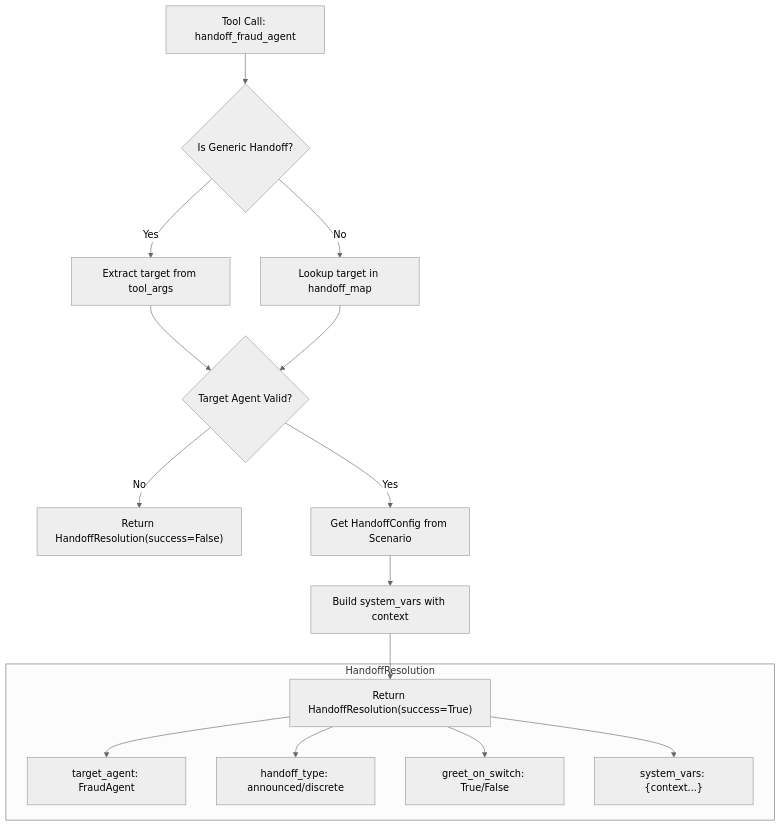
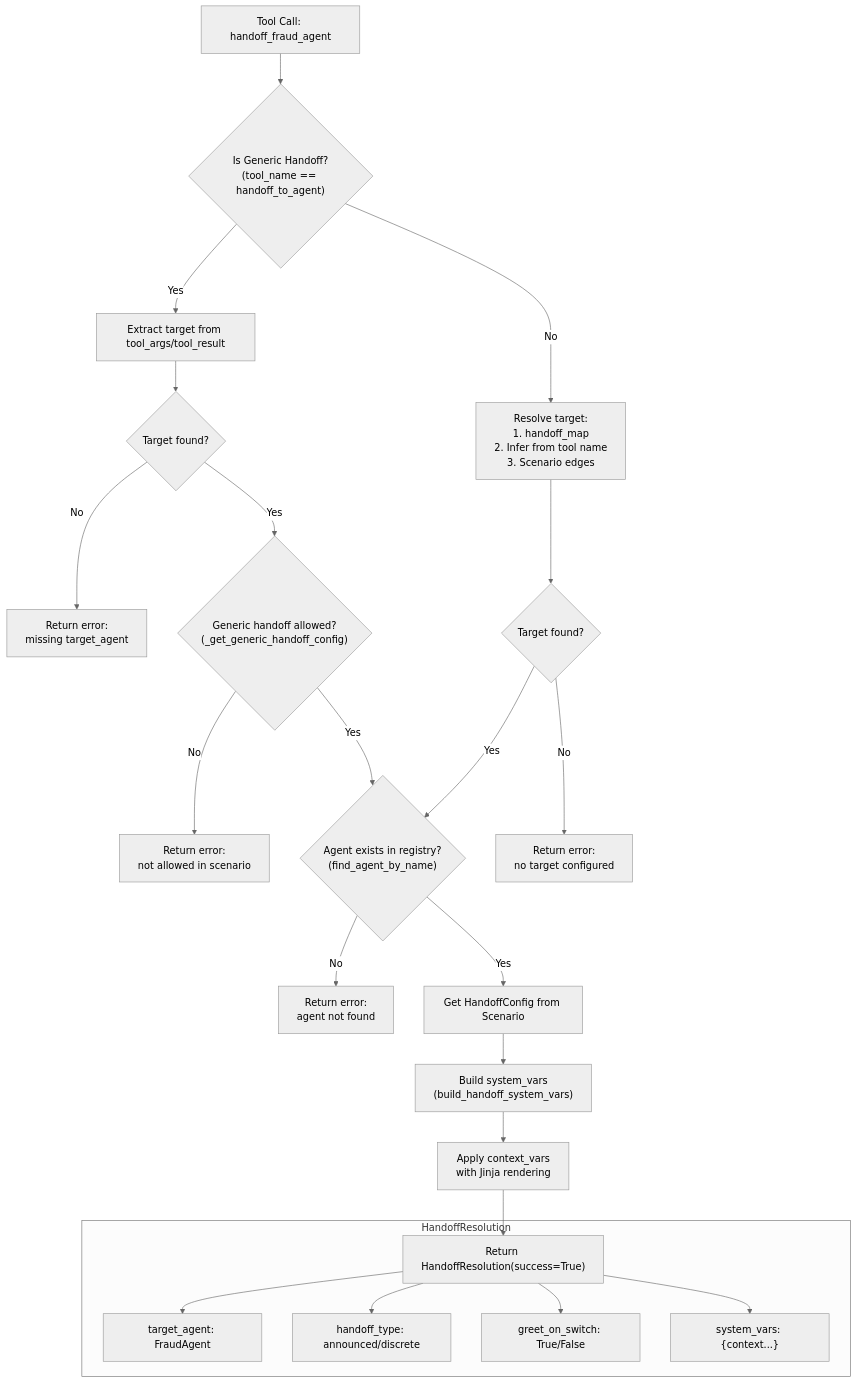
The second of 3 diagrams in docs/architecture/orchestration/handoff-service.md (Azure-Samples/art-voice-agent-accelerator), drawn with Mermaid (neutral theme) before and after one commit. The commit also changed 62 other files, not shown here.

````diff
--- a/docs/architecture/orchestration/handoff-service.md
+++ b/docs/architecture/orchestration/handoff-service.md
@@ -197,23 +197,31 @@
 ```mermaid
 flowchart TD
-    A["Tool Call: handoff_fraud_agent"] --> B{"Is Generic Handoff?"}
-    
-    B -->|Yes| C["Extract target from tool_args"]
-    B -->|No| D["Lookup target in handoff_map"]
-    
-    C --> E{"Target Agent Valid?"}
-    D --> E
-    
-    E -->|No| F["Return HandoffResolution(success=False)"]
+    A["Tool Call: handoff_fraud_agent"] --> B{"Is Generic Handoff?<br/>(tool_name == handoff_to_agent)"}
+
+    B -->|Yes| C["Extract target from tool_args/tool_result"]
+    B -->|No| D["Resolve target:<br/>1. handoff_map<br/>2. Infer from tool name<br/>3. Scenario edges"]
+
+    C --> C2{"Target found?"}
+    C2 -->|No| F1["Return error:<br/>missing target_agent"]
+    C2 -->|Yes| C3{"Generic handoff allowed?<br/>(_get_generic_handoff_config)"}
+    C3 -->|No| F2["Return error:<br/>not allowed in scenario"]
+    C3 -->|Yes| E
+
+    D --> D2{"Target found?"}
+    D2 -->|No| F3["Return error:<br/>no target configured"]
+    D2 -->|Yes| E
+
+    E{"Agent exists in registry?<br/>(find_agent_by_name)"} -->|No| F4["Return error:<br/>agent not found"]
     E -->|Yes| G["Get HandoffConfig from Scenario"]
-    
-    G --> H["Build system_vars with context"]
-    H --> I["Return HandoffResolution(success=True)"]
-    
+
+    G --> H["Build system_vars<br/>(build_handoff_system_vars)"]
+    H --> H2["Apply context_vars<br/>with Jinja rendering"]
+    H2 --> I["Return HandoffResolution(success=True)"]
+
     subgraph Resolution["HandoffResolution"]
         I --> J["target_agent: FraudAgent"]
         I --> K["handoff_type: announced/discrete"]
         I --> L["greet_on_switch: True/False"]
         I --> M["system_vars: {context...}"]
     end
 ```
````
